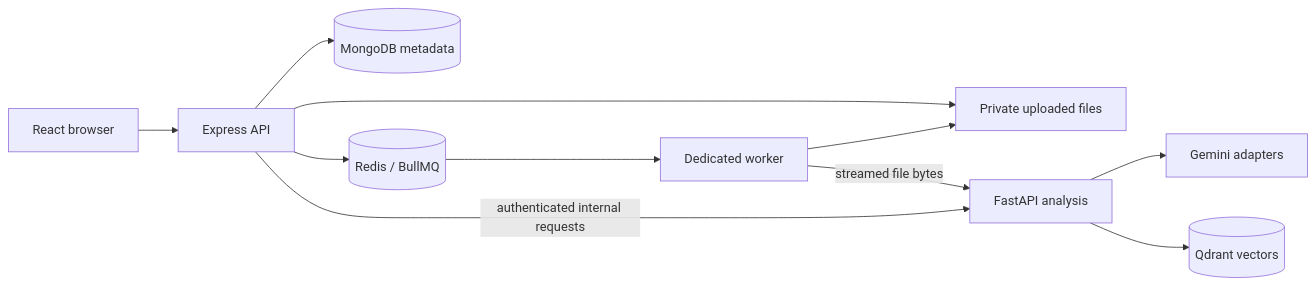
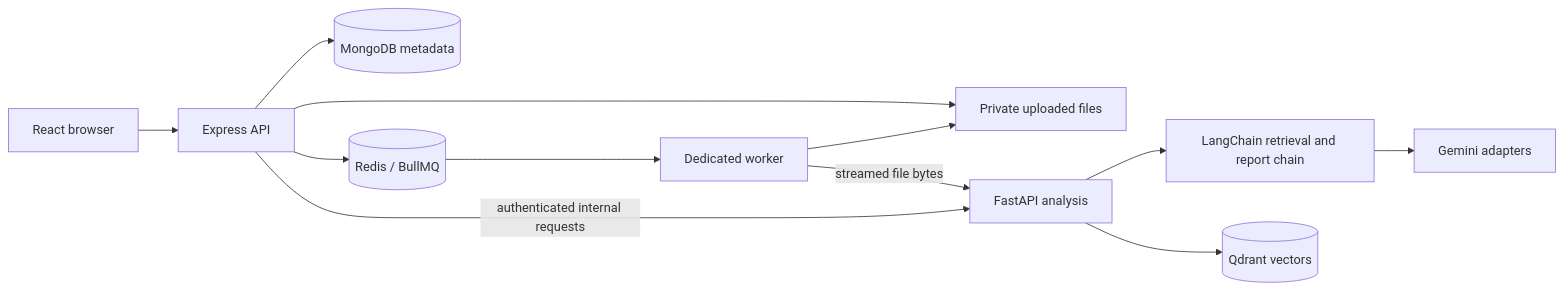
One commit to AnkitKumar61/RootTrace-AI changed the diagram in docs/architecture.md. Above: the diagram before and after it, drawn with Mermaid. The commit also changed other lines of this file and 16 other files, not shown here.

Commit message:
Use LangChain for evidence retrieval and incident reports

````diff
--- a/docs/architecture.md
+++ b/docs/architecture.md
@@ -3,13 +3,14 @@
 ```mermaid
 flowchart LR
     Browser[React browser] --> API[Express API]
     API --> Mongo[(MongoDB metadata)]
     API --> Storage[Private uploaded files]
     API --> Queue[(Redis / BullMQ)]
     Queue --> Worker[Dedicated worker]
     Worker --> Storage
     Worker -->|streamed file bytes| Analysis[FastAPI analysis]
     API -->|authenticated internal requests| Analysis
-    Analysis --> Gemini[Gemini adapters]
+    Analysis --> Chain[LangChain retrieval and report chain]
+    Chain --> Gemini[Gemini adapters]
     Analysis --> Qdrant[(Qdrant vectors)]
 ```
````
